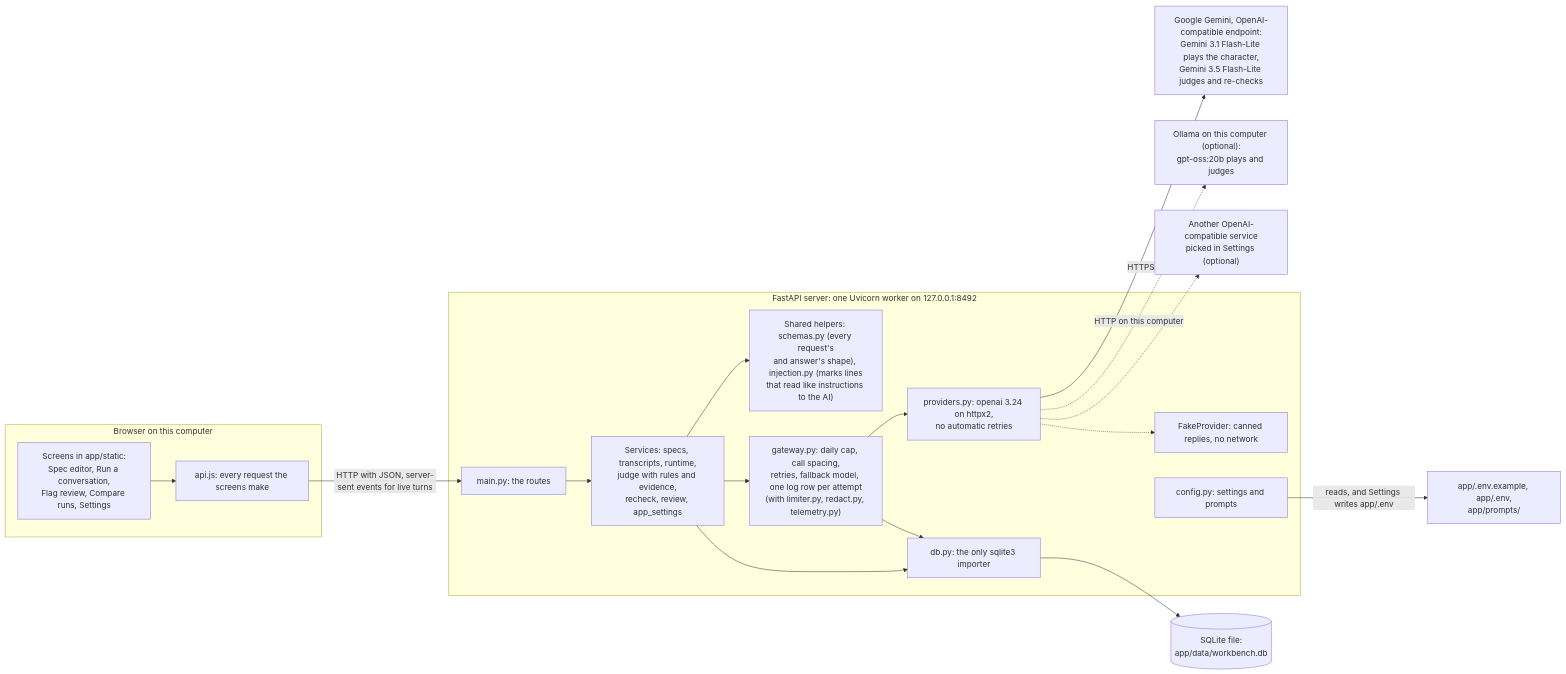
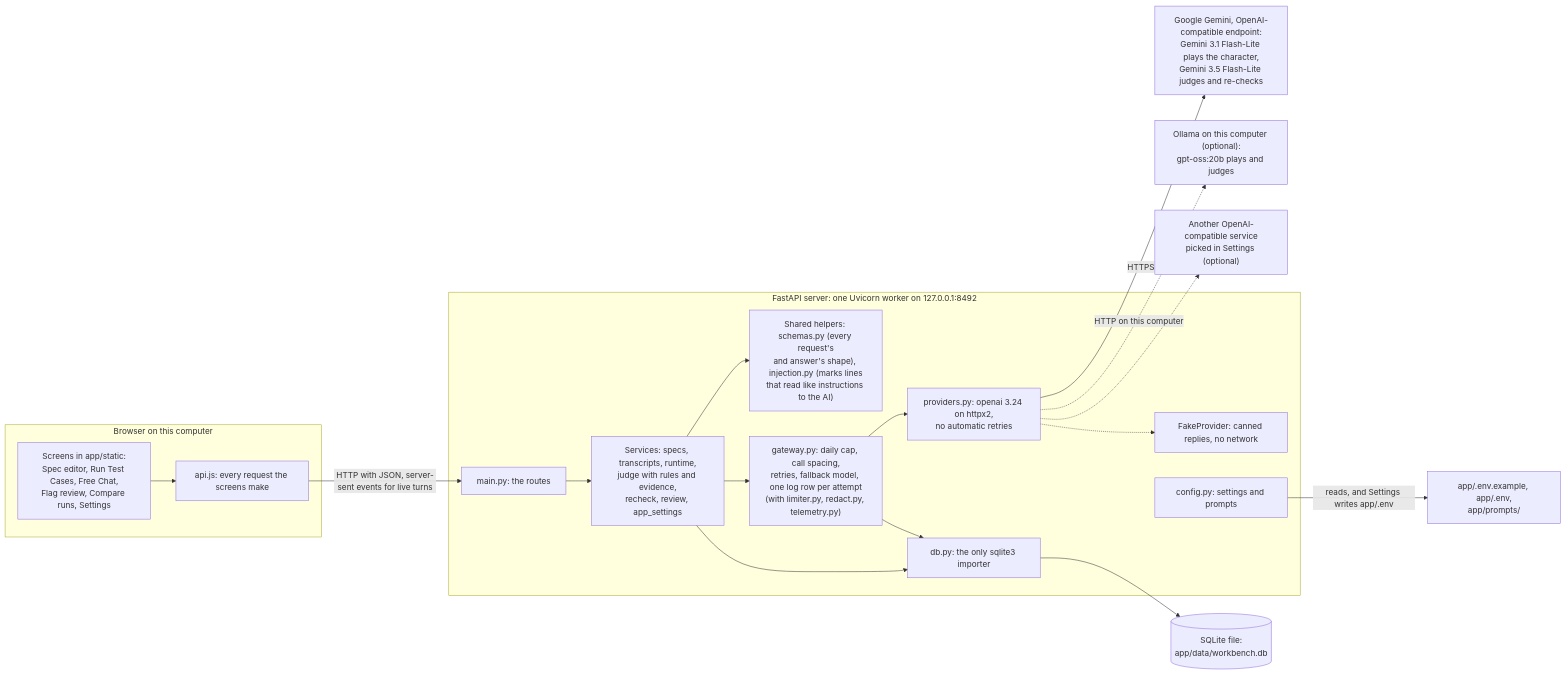
One commit to FlinnH/IS492-CharacterAI-Team-Project changed the diagram in docs/architecture.md. Above: the diagram before and after it, drawn with Mermaid. The commit also changed other lines of this file and 21 other files, not shown here.

First line of the commit message:
Add dynamic and all-in-one test cases from Prof. Huang's feedback.

````diff
--- a/docs/architecture.md
+++ b/docs/architecture.md
@@ -7,39 +7,39 @@
 ```mermaid
 flowchart LR
   subgraph browser["Browser on this computer"]
-    screens["Screens in app/static:<br/>Spec editor, Run a conversation,<br/>Flag review, Compare runs, Settings"]
+    screens["Screens in app/static:<br/>Spec editor, Run Test Cases, Free Chat,<br/>Flag review, Compare runs, Settings"]
     api["api.js: every request the screens make"]
   end
 
   subgraph server["FastAPI server: one Uvicorn worker on 127.0.0.1:8492"]
     routes["main.py: the routes"]
     services["Services: specs, transcripts, runtime,<br/>judge with rules and evidence,<br/>recheck, review, app_settings"]
     gateway["gateway.py: daily cap, call spacing,<br/>retries, fallback model, one log row per attempt<br/>(with limiter.py, redact.py, telemetry.py)"]
     providers["providers.py: openai 3.24 on httpx2,<br/>no automatic retries"]
     fake["FakeProvider: canned replies, no network"]
     config["config.py: settings and prompts"]
     dbmod["db.py: the only sqlite3 importer"]
     shared["Shared helpers: schemas.py (every request's<br/>and answer's shape), injection.py (marks lines<br/>that read like instructions to the AI)"]
   end
 
   files["app/.env.example, app/.env,<br/>app/prompts/"]
   sqlite[("SQLite file:<br/>app/data/workbench.db")]
   gemini["Google Gemini, OpenAI-compatible endpoint:<br/>Gemini 3.1 Flash-Lite plays the character,<br/>Gemini 3.5 Flash-Lite judges and re-checks"]
   ollama["Ollama on this computer (optional):<br/>gpt-oss:20b plays and judges"]
   other["Another OpenAI-compatible service<br/>picked in Settings (optional)"]
 
   screens --> api
   api -- "HTTP with JSON, server-sent events for live turns" --> routes
   routes --> services
   services --> shared
   services --> gateway
   gateway --> providers
   services --> dbmod
   gateway --> dbmod
   dbmod --> sqlite
   config -- "reads, and Settings writes app/.env" --> files
   providers -- "HTTPS" --> gemini
   providers -. "HTTP on this computer" .-> ollama
   providers -.-> other
   providers -.-> fake
 ```
````
